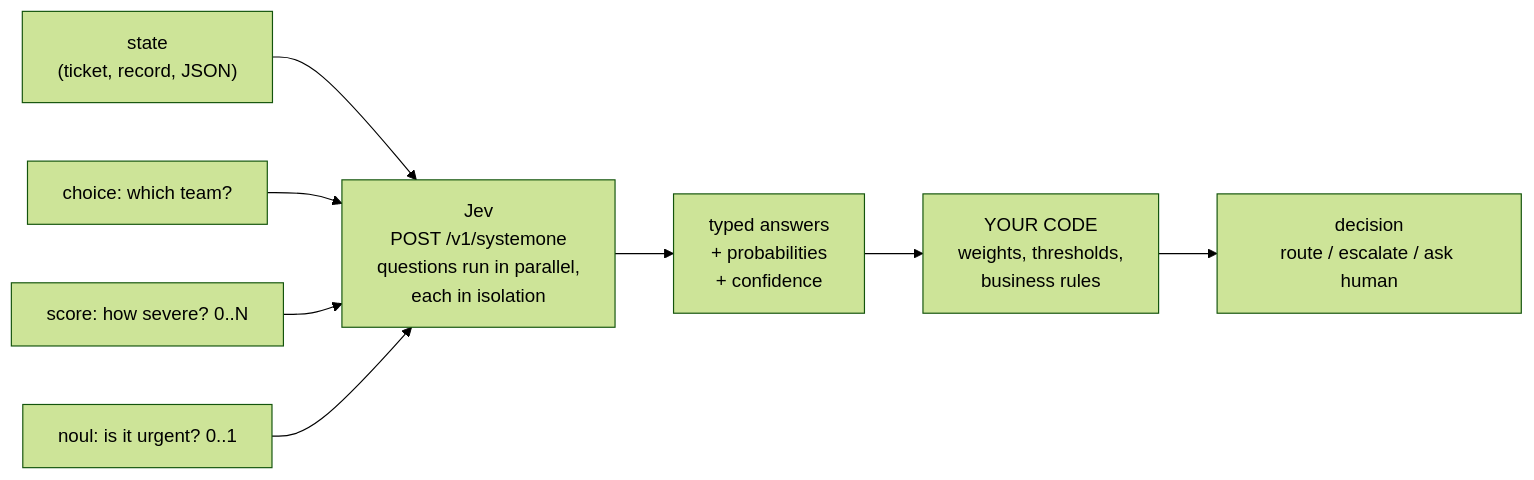
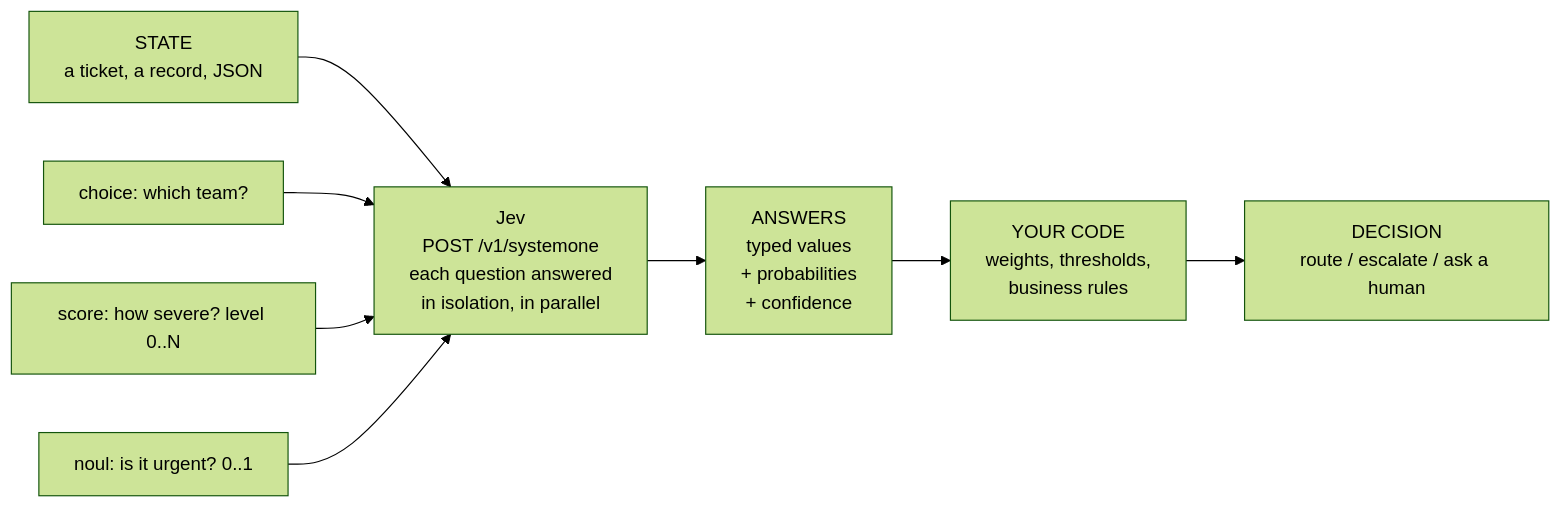
The diagram in README.md (georgeykalangi/jev-ai-demo), drawn with Mermaid (forest theme) before and after one commit. The commit also changed other lines of this file and 10 other files, not shown here.

````diff
--- a/README.md
+++ b/README.md
@@ -12,10 +13,10 @@
 ```mermaid
 flowchart LR
-    S["state<br/>(ticket, record, JSON)"] --> J
+    S["STATE<br/>a ticket, a record, JSON"] --> J
     Q1["choice: which team?"] --> J
-    Q2["score: how severe? 0..N"] --> J
+    Q2["score: how severe? level 0..N"] --> J
     Q3["noul: is it urgent? 0..1"] --> J
-    J["Jev<br/>POST /v1/systemone<br/>questions run in parallel,<br/>each in isolation"] --> A["typed answers<br/>+ probabilities<br/>+ confidence"]
+    J["Jev<br/>POST /v1/systemone<br/>each question answered<br/>in isolation, in parallel"] --> A["ANSWERS<br/>typed values<br/>+ probabilities<br/>+ confidence"]
     A --> C["YOUR CODE<br/>weights, thresholds,<br/>business rules"]
-    C --> D["decision<br/>route / escalate / ask human"]
+    C --> D["DECISION<br/>route / escalate / ask a human"]
 ```
````
